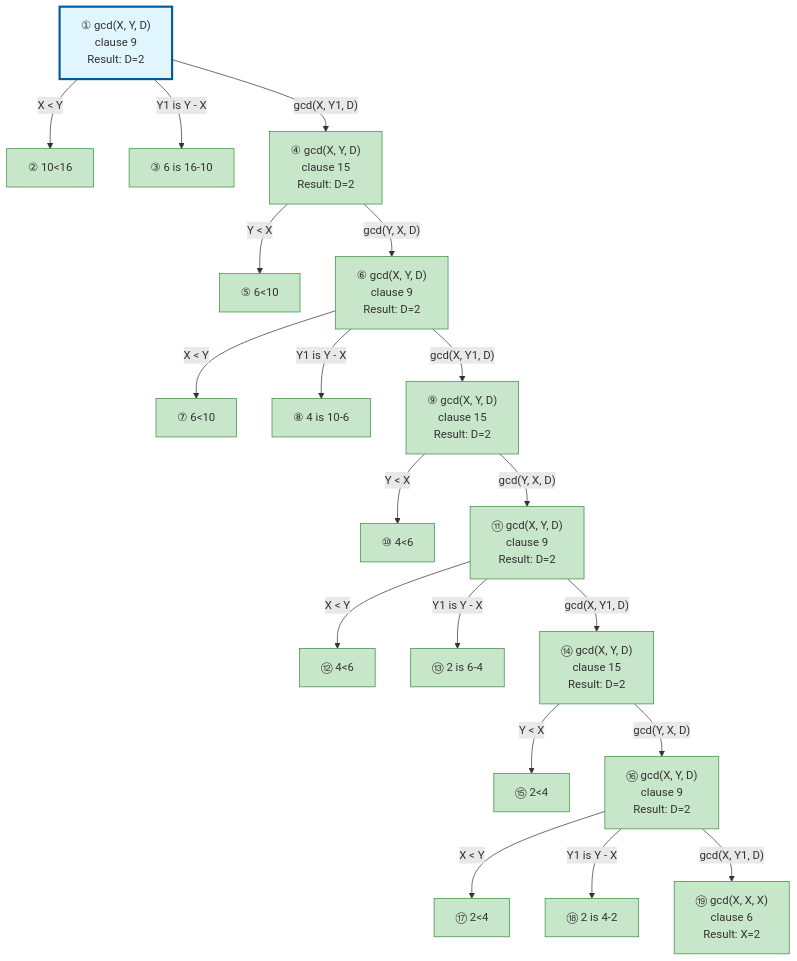
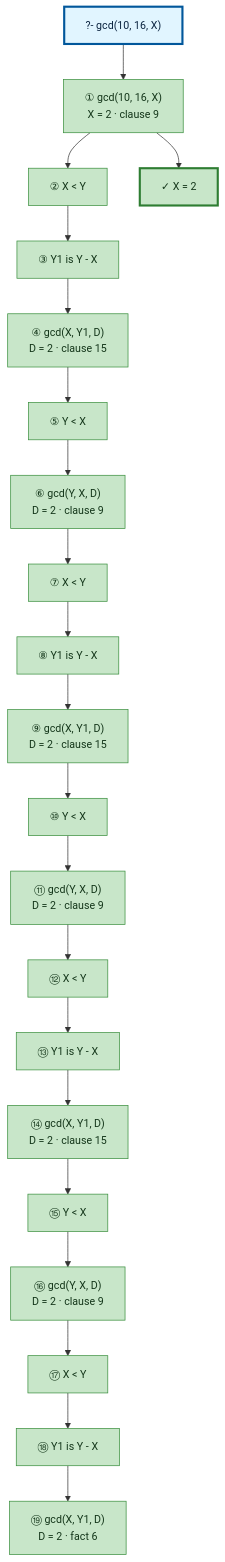
The diagram in examples/3_4_arithmetic-output.md (textologylabs/prolog-trace-viz), drawn with Mermaid before and after one commit. The commit also changed other lines of this file and 10 other files, not shown here.

First line of the commit message:
🎨 Timeline renders standalone: <pre> with baked-in line-height

````diff
--- a/examples/3_4_arithmetic-output.md
+++ b/examples/3_4_arithmetic-output.md
@@ -140,65 +141,72 @@
 ```mermaid
+%%{init: {'flowchart': {'nodeSpacing': 46, 'rankSpacing': 50}, 'themeVariables': {'fontSize': '15px'}}}%%
 graph TD
 
 %% Nodes
-A["① gcd(X, Y, D)<br/>clause 9<br/>Result: D=2"]
-B["② 10<16"]
-C["③ 6 is 16-10"]
-D["④ gcd(X, Y, D)<br/>clause 15<br/>Result: D=2"]
-F["⑤ 6<10"]
-G["⑥ gcd(X, Y, D)<br/>clause 9<br/>Result: D=2"]
-H["⑦ 6<10"]
-I["⑧ 4 is 10-6"]
-J["⑨ gcd(X, Y, D)<br/>clause 15<br/>Result: D=2"]
-L["⑩ 4<6"]
-M["⑪ gcd(X, Y, D)<br/>clause 9<br/>Result: D=2"]
-N["⑫ 4<6"]
-O["⑬ 2 is 6-4"]
-P["⑭ gcd(X, Y, D)<br/>clause 15<br/>Result: D=2"]
-R["⑮ 2<4"]
-S["⑯ gcd(X, Y, D)<br/>clause 9<br/>Result: D=2"]
-T["⑰ 2<4"]
-U["⑱ 2 is 4-2"]
-V["⑲ gcd(X, X, X)<br/>clause 6<br/>Result: X=2"]
+A["?- gcd(10, 16, X)"]
+B["① gcd(10, 16, X)<br/>X = 2 · clause 9"]
+C["② X &lt; Y"]
+D["③ Y1 is Y - X"]
+E["④ gcd(X, Y1, D)<br/>D = 2 · clause 15"]
+F["⑤ Y &lt; X"]
+G["⑥ gcd(Y, X, D)<br/>D = 2 · clause 9"]
+H["⑦ X &lt; Y"]
+I["⑧ Y1 is Y - X"]
+J["⑨ gcd(X, Y1, D)<br/>D = 2 · clause 15"]
+K["⑩ Y &lt; X"]
+L["⑪ gcd(Y, X, D)<br/>D = 2 · clause 9"]
+M["⑫ X &lt; Y"]
+N["⑬ Y1 is Y - X"]
+O["⑭ gcd(X, Y1, D)<br/>D = 2 · clause 15"]
+P["⑮ Y &lt; X"]
+Q["⑯ gcd(Y, X, D)<br/>D = 2 · clause 9"]
+R["⑰ X &lt; Y"]
+S["⑱ Y1 is Y - X"]
+T["⑲ gcd(X, Y1, D)<br/>D = 2 · fact 6"]
+U["✓ X = 2"]
 
-%% Edges
-A -->|"X < Y"| B
-A -->|"Y1 is Y - X"| C
-A -->|"gcd(X, Y1, D)"| D
-D -->|"Y < X"| F
-D -->|"gcd(Y, X, D)"| G
-G -->|"X < Y"| H
-G -->|"Y1 is Y - X"| I
-G -->|"gcd(X, Y1, D)"| J
-J -->|"Y < X"| L
-J -->|"gcd(Y, X, D)"| M
-M -->|"X < Y"| N
-M -->|"Y1 is Y - X"| O
-M -->|"gcd(X, Y1, D)"| P
-P -->|"Y < X"| R
-P -->|"gcd(Y, X, D)"| S
-S -->|"X < Y"| T
-S -->|"Y1 is Y - X"| U
-S -->|"gcd(X, Y1, D)"| V
+%% Flow
+A --> B
+B --> C
+C --> D
+D --> E
+E --> F
+F --> G
+G --> H
+H --> I
+I --> J
+J --> K
+K --> L
+L --> M
+M --> N
+N --> O
+O --> P
+P --> Q
+Q --> R
+R --> S
+S --> T
+B --> U
 
 %% Styles
-style A fill:#e1f5ff,stroke:#01579b,stroke-width:3px
-style B fill:#c8e6c9,stroke:#388e3c
-style C fill:#c8e6c9,stroke:#388e3c
-style D fill:#c8e6c9,stroke:#388e3c
-style F fill:#c8e6c9,stroke:#388e3c
-style G fill:#c8e6c9,stroke:#388e3c
-style H fill:#c8e6c9,stroke:#388e3c
-style I fill:#c8e6c9,stroke:#388e3c
-style J fill:#c8e6c9,stroke:#388e3c
-style L fill:#c8e6c9,stroke:#388e3c
-style M fill:#c8e6c9,stroke:#388e3c
-style N fill:#c8e6c9,stroke:#388e3c
-style O fill:#c8e6c9,stroke:#388e3c
-style P fill:#c8e6c9,stroke:#388e3c
-style R fill:#c8e6c9,stroke:#388e3c
-style S fill:#c8e6c9,stroke:#388e3c
-style T fill:#c8e6c9,stroke:#388e3c
-style U fill:#c8e6c9,stroke:#388e3c
-style V fill:#c8e6c9,stroke:#388e3c
+style A fill:#e1f5ff,stroke:#01579b,stroke-width:3px,color:#0b2440
+style B fill:#c8e6c9,stroke:#388e3c,color:#14361a
+style C fill:#c8e6c9,stroke:#388e3c,color:#14361a
+style D fill:#c8e6c9,stroke:#388e3c,color:#14361a
+style E fill:#c8e6c9,stroke:#388e3c,color:#14361a
+style F fill:#c8e6c9,stroke:#388e3c,color:#14361a
+style G fill:#c8e6c9,stroke:#388e3c,color:#14361a
+style H fill:#c8e6c9,stroke:#388e3c,color:#14361a
+style I fill:#c8e6c9,stroke:#388e3c,color:#14361a
+style J fill:#c8e6c9,stroke:#388e3c,color:#14361a
+style K fill:#c8e6c9,stroke:#388e3c,color:#14361a
+style L fill:#c8e6c9,stroke:#388e3c,color:#14361a
+style M fill:#c8e6c9,stroke:#388e3c,color:#14361a
+style N fill:#c8e6c9,stroke:#388e3c,color:#14361a
+style O fill:#c8e6c9,stroke:#388e3c,color:#14361a
+style P fill:#c8e6c9,stroke:#388e3c,color:#14361a
+style Q fill:#c8e6c9,stroke:#388e3c,color:#14361a
+style R fill:#c8e6c9,stroke:#388e3c,color:#14361a
+style S fill:#c8e6c9,stroke:#388e3c,color:#14361a
+style T fill:#c8e6c9,stroke:#388e3c,color:#14361a
+style U fill:#c8e6c9,stroke:#2e7d32,stroke-width:3px,color:#14361a
 ```
````
